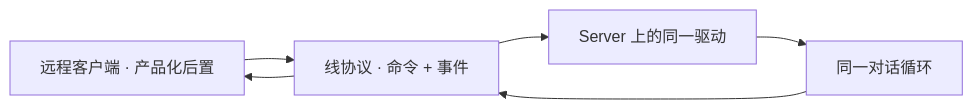
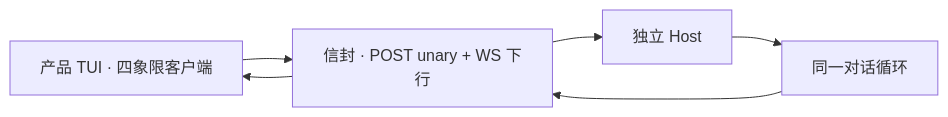
Before and after one commit to StrayDragon/xylitol: the diagram in docs/architecture/远程体验与线协议.md, drawn with Mermaid. The commit also changed other lines of this file and 17 other files, not shown here.

````diff
--- a/docs/architecture/远程体验与线协议.md
+++ b/docs/architecture/远程体验与线协议.md
@@ -18,8 +18,8 @@
 ```mermaid
 flowchart LR
-  Client["远程客户端 · 产品化后置"] --> Wire["线协议 · 命令 + 事件"]
-  Wire --> Server["Server 上的同一驱动"]
-  Server --> Loop["同一对话循环"]
-  Loop --> Wire
-  Wire --> Client
+  TUI["产品 TUI · 四象限客户端"] --> Env["信封 · POST unary + WS 下行"]
+  Env --> Host["独立 Host"]
+  Host --> Loop["同一对话循环"]
+  Loop --> Env
+  Env --> TUI
 ```
````
